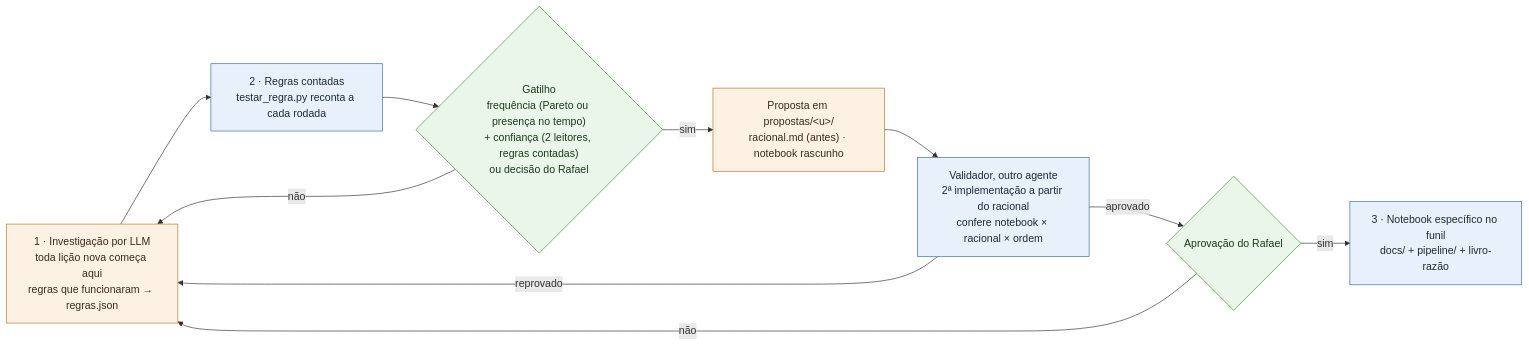
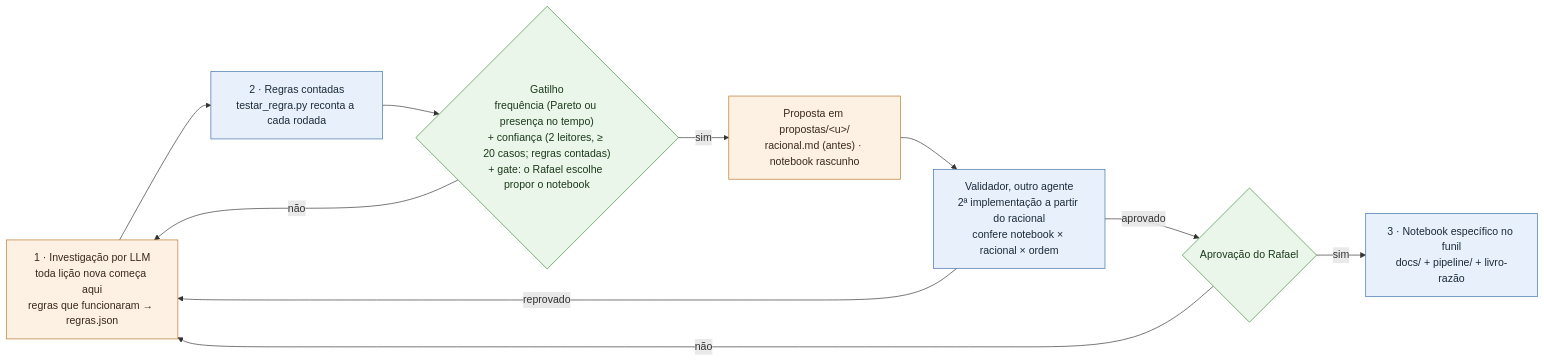
One commit to rc-ventura/memory_layer_ai_agents changed the second of 2 diagrams in analysis/2026-09-trace-law-flow/docs/16-procedimento-mineracao-candidatas.md. Above: the diagram before and after it, drawn with Mermaid. The commit also changed other lines of this file and 19 other files, not shown here.

````diff
--- a/analysis/2026-09-trace-law-flow/docs/16-procedimento-mineracao-candidatas.md
+++ b/analysis/2026-09-trace-law-flow/docs/16-procedimento-mineracao-candidatas.md
@@ -53,20 +56,20 @@
 ```mermaid
 flowchart LR
     S1["1 · Investigação por LLM<br/>toda lição nova começa aqui<br/>regras que funcionaram → regras.json"]:::llm
     S2["2 · Regras contadas<br/>testar_regra.py reconta a cada rodada"]:::det
-    T{"Gatilho<br/>frequência (Pareto ou presença no tempo)<br/>+ confiança (2 leitores, regras contadas)<br/>ou decisão do Rafael"}:::dec
+    T{"Gatilho<br/>frequência (Pareto ou presença no tempo)<br/>+ confiança (2 leitores, ≥ 20 casos; regras contadas)<br/>+ gate: o Rafael escolhe propor o notebook"}:::dec
     P["Proposta em propostas/&lt;u&gt;/<br/>racional.md (antes) · notebook rascunho"]:::llm
     V["Validador, outro agente<br/>2ª implementação a partir do racional<br/>confere notebook × racional × ordem"]:::det
     A{"Aprovação do Rafael"}:::dec
     N["3 · Notebook específico no funil<br/>docs/ + pipeline/ + livro-razão"]:::det
     S1 --> S2 --> T
     T -- não --> S1
     T -- sim --> P --> V
     V -- reprovado --> S1
     V -- aprovado --> A
     A -- não --> S1
     A -- sim --> N
     classDef det fill:#e8f1fb,stroke:#3b6ea5,color:#1b2b3a
     classDef llm fill:#fdf1e3,stroke:#b8742a,color:#3a2a1b
     classDef dec fill:#eaf6ea,stroke:#3f8a3f,color:#1b3a1b
 ```
````
